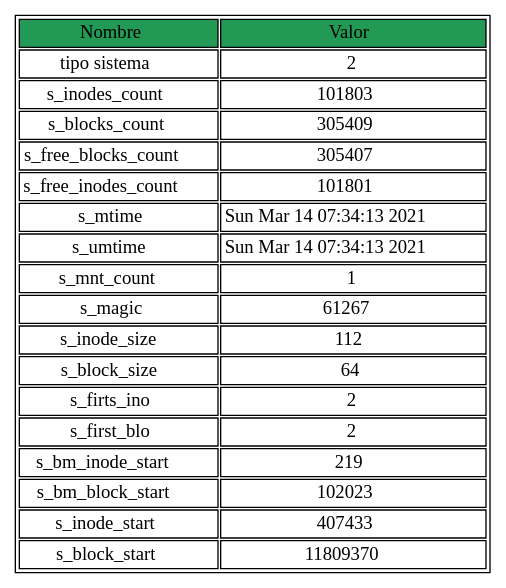
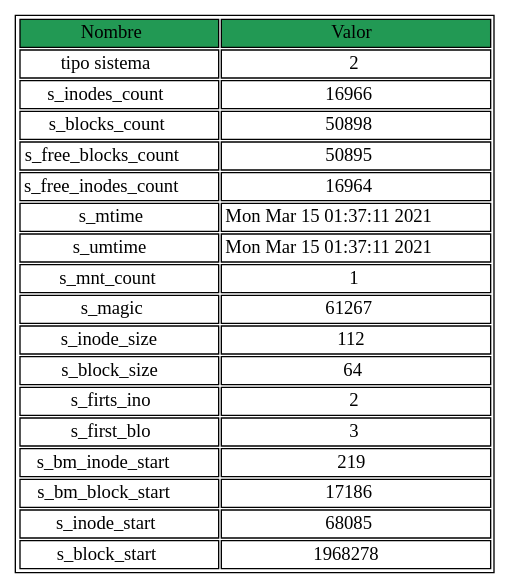
One commit to av-edson/-MIA-Proyecto1_201902302 changed the diagram in resultados/superBloque.dot. Above: the diagram before and after it, drawn with Graphviz. The commit also changed 71 other files, not shown here.

```diff
--- a/resultados/superBloque.dot
+++ b/resultados/superBloque.dot
@@ -1,24 +1,24 @@
 digraph D{node [ shape=none, margin=0 ]
 nuevo [label=<<TABLE  BORDER="1" CELLBORDER="1">
 <tr><td BGCOLOR="#229954">Nombre</td><td BGCOLOR="#229954">Valor</td></tr>
 <tr><td>tipo sistema</td><td>2</td></tr>
-<tr><td>s_inodes_count</td><td>101803</td></tr>
-<tr><td>s_blocks_count</td><td>305409</td></tr>
-<tr><td>s_free_blocks_count</td><td>305407</td></tr>
-<tr><td>s_free_inodes_count</td><td>101801</td></tr>
-<tr><td>s_mtime</td><td>Sun Mar 14 07:34:13 2021
+<tr><td>s_inodes_count</td><td>16966</td></tr>
+<tr><td>s_blocks_count</td><td>50898</td></tr>
+<tr><td>s_free_blocks_count</td><td>50895</td></tr>
+<tr><td>s_free_inodes_count</td><td>16964</td></tr>
+<tr><td>s_mtime</td><td>Mon Mar 15 01:37:11 2021
 </td></tr>
-<tr><td>s_umtime</td><td>Sun Mar 14 07:34:13 2021
+<tr><td>s_umtime</td><td>Mon Mar 15 01:37:11 2021
 </td></tr>
 <tr><td>s_mnt_count</td><td>1</td></tr>
 <tr><td>s_magic</td><td>61267</td></tr>
 <tr><td>s_inode_size</td><td>112</td></tr>
 <tr><td>s_block_size</td><td>64</td></tr>
 <tr><td>s_firts_ino</td><td>2</td></tr>
-<tr><td>s_first_blo</td><td>2</td></tr>
+<tr><td>s_first_blo</td><td>3</td></tr>
 <tr><td>s_bm_inode_start</td><td>219</td></tr>
-<tr><td>s_bm_block_start</td><td>102023</td></tr>
-<tr><td>s_inode_start</td><td>407433</td></tr>
-<tr><td>s_block_start</td><td>11809370</td></tr>
+<tr><td>s_bm_block_start</td><td>17186</td></tr>
+<tr><td>s_inode_start</td><td>68085</td></tr>
+<tr><td>s_block_start</td><td>1968278</td></tr>
 </TABLE>>]
 }
```
